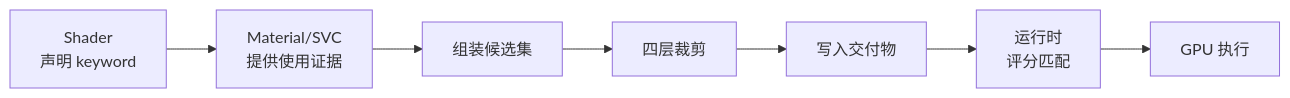
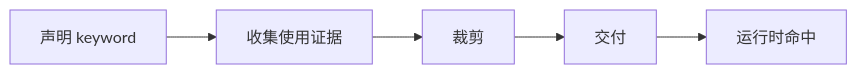
The first of 4 diagrams in content/engine-notes/unity-shader-variant-full-lifecycle-overview.md (TwoEggDu/twoegg-tech-stack), drawn with Mermaid before and after one commit. The commit also changed other lines of this file, not shown here.

First line of the commit message:
Fix Mermaid diagrams clipped by container width

````diff
--- a/content/engine-notes/unity-shader-variant-full-lifecycle-overview.md
+++ b/content/engine-notes/unity-shader-variant-full-lifecycle-overview.md
@@ -25,9 +25,7 @@
 ```mermaid
 flowchart LR
-    A["Shader\n声明 keyword"] --> B["Material/SVC\n提供使用证据"]
-    B --> C["组装候选集"]
-    C --> D["四层裁剪"]
-    D --> E["写入交付物"]
-    E --> F["运行时\n评分匹配"]
-    F --> G["GPU 执行"]
+    A["声明 keyword"] --> B["收集使用证据"]
+    B --> C["裁剪"]
+    C --> D["交付"]
+    D --> E["运行时命中"]
 ```
````
